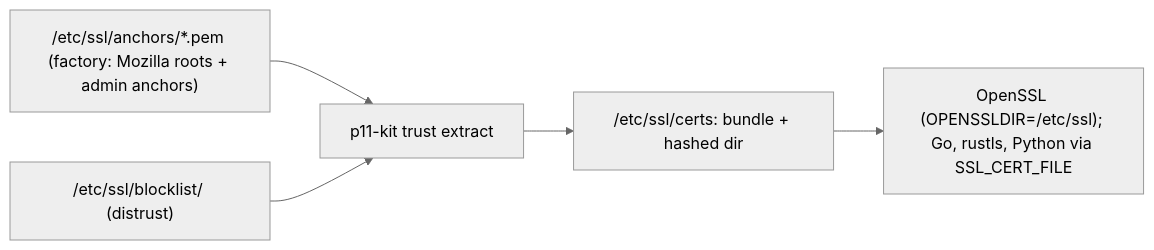
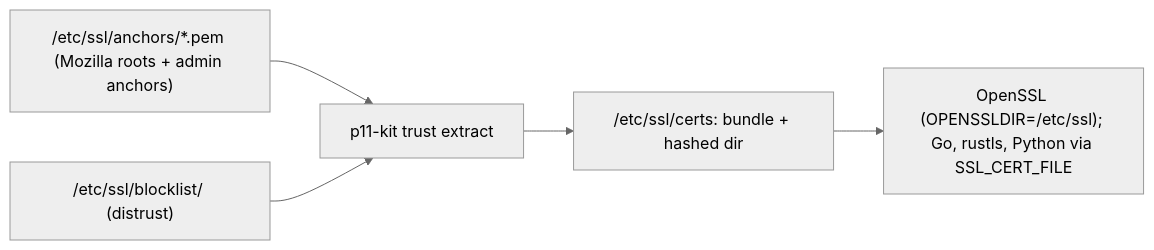
The third of 3 diagrams in docs/design/trust.md (slophaer/golconda), drawn with Mermaid (neutral theme) before and after one commit. The commit also changed other lines of this file and 18 other files, not shown here.

````diff
--- a/docs/design/trust.md
+++ b/docs/design/trust.md
@@ -40,7 +45,7 @@
 ```mermaid
 flowchart LR
-  anchors["/etc/ssl/anchors/*.pem (factory: Mozilla roots + admin anchors)"] --> trust["p11-kit trust extract"]
+  anchors["/etc/ssl/anchors/*.pem (Mozilla roots + admin anchors)"] --> trust["p11-kit trust extract"]
   block["/etc/ssl/blocklist/ (distrust)"] --> trust
   trust --> bundle["/etc/ssl/certs: bundle + hashed dir"]
   bundle --> consumers["OpenSSL (OPENSSLDIR=/etc/ssl); Go, rustls, Python via SSL_CERT_FILE"]
 ```
````
